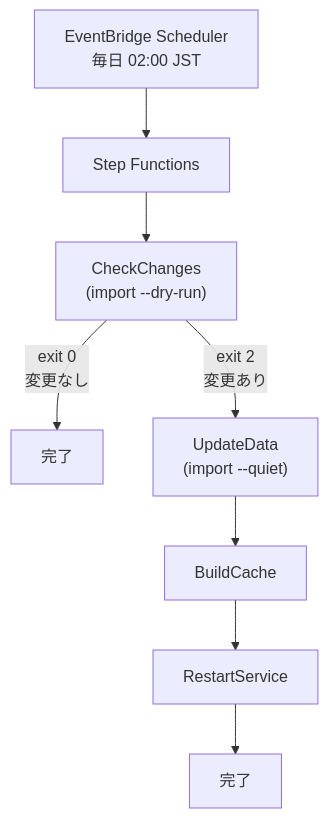
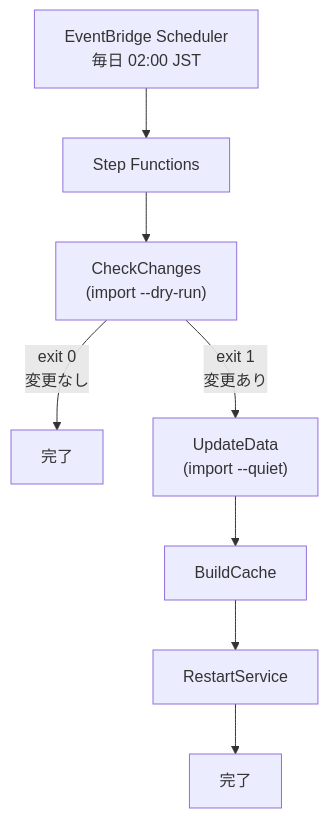
Before and after one commit to digital-go-jp/abr-geocoder: the third of 3 diagrams in docs/aws/README.md, drawn with Mermaid. The commit also changed 4 other files, not shown here.

````diff
--- a/docs/aws/README.md
+++ b/docs/aws/README.md
@@ -308,10 +308,10 @@
 ```mermaid
 flowchart TD
     EB["EventBridge Scheduler<br/>毎日 02:00 JST"] --> SFN["Step Functions"]
     SFN --> CHECK["CheckChanges<br/>(import --dry-run)"]
     CHECK -->|exit 0<br/>変更なし| END1["完了"]
-    CHECK -->|exit 2<br/>変更あり| IMPORT["UpdateData<br/>(import --quiet)"]
+    CHECK -->|exit 1<br/>変更あり| IMPORT["UpdateData<br/>(import --quiet)"]
     IMPORT --> CACHE["BuildCache"]
     CACHE --> RESTART["RestartService"]
     RESTART --> END2["完了"]
 ```
````
